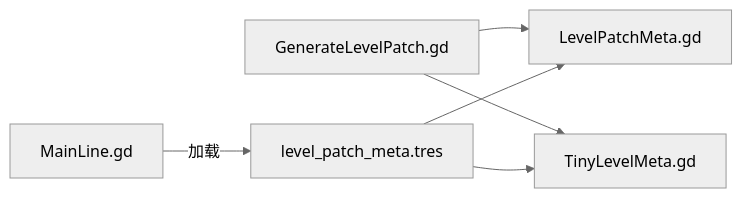
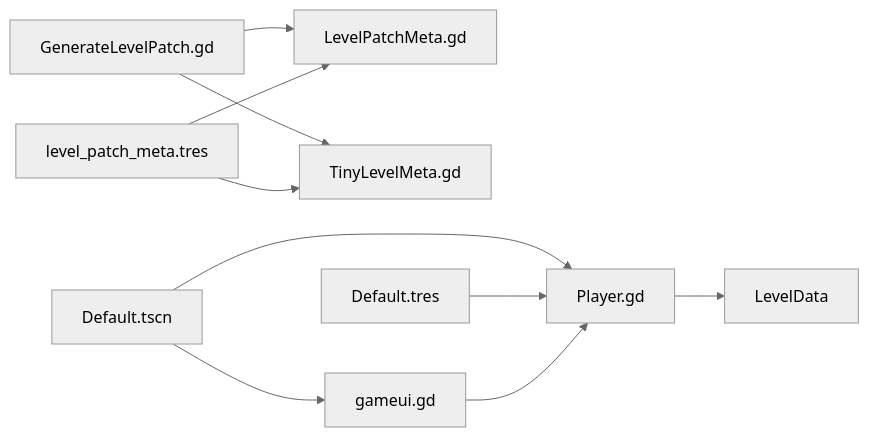
The sixth of 6 diagrams in .qoder/repowiki/zh/content/模板系统/模板系统.md (godotline/godot-line), drawn with Mermaid (neutral theme) before and after one commit. The commit also changed other lines of this file and 13 other files, not shown here.

````diff
--- a/.qoder/repowiki/zh/content/模板系统/模板系统.md
+++ b/.qoder/repowiki/zh/content/模板系统/模板系统.md
@@ -260,8 +335,12 @@
 ```mermaid
 graph LR
 GLP["GenerateLevelPatch.gd"] --> LPM["LevelPatchMeta.gd"]
 GLP --> TLM["TinyLevelMeta.gd"]
 LPM_TRES["level_patch_meta.tres"] --> LPM
 LPM_TRES --> TLM
-MAIN["MainLine.gd"] --> |"加载"| LPM_TRES
+DEFAULT_SCN["Default.tscn"] --> PLAYER["Player.gd"]
+DEFAULT_SCN --> GAMEUI["gameui.gd"]
+DEFAULT_RES["Default.tres"] --> PLAYER
+PLAYER --> LEVELDATA["LevelData"]
+GAMEUI --> PLAYER
 ```
````
